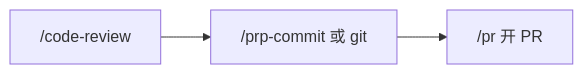
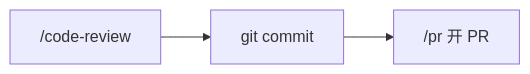
The diagram in flows/ship.md (cruldra/ECC), drawn with Mermaid before and after one commit. The commit also changed 22 other files, not shown here.

````diff
--- a/flows/ship.md
+++ b/flows/ship.md
@@ -11,5 +11,5 @@
 ```mermaid
 flowchart LR
-  review["/code-review"] --> commit["/prp-commit 或 git"]
+  review["/code-review"] --> commit["git commit"]
   commit --> pr["/pr 开 PR"]
 ```
````
